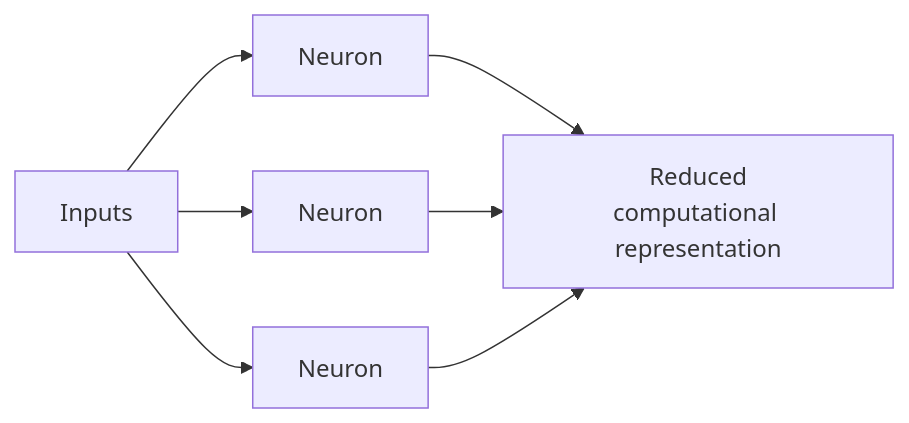
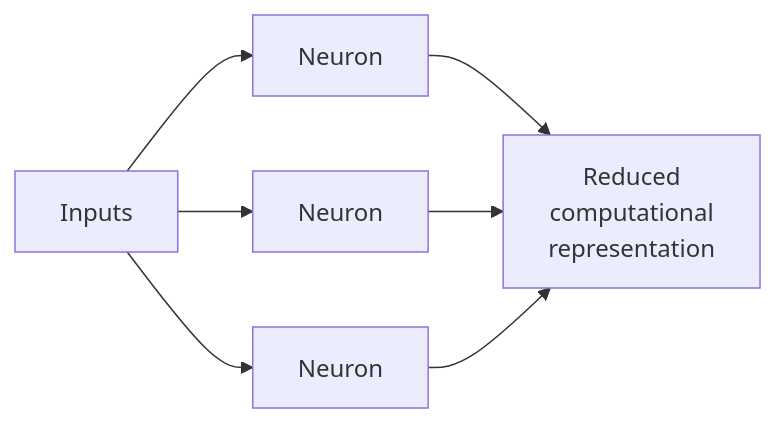
Before and after one commit to COMxI2C/neuromorphic-computing-research: the third of 7 diagrams in README.md, drawn with Mermaid.

Commit message:
docs: publish neuromorphic research overview

````diff
--- a/README.md
+++ b/README.md
@@ -95,10 +95,10 @@
 ```mermaid
 flowchart LR
     I[Inputs] --> N1[Neuron]
     I --> N2[Neuron]
     I --> N3[Neuron]
 
-    N1 --> R["Reduced<br/>computational representation"]
+    N1 --> R["Reduced<br/>computational<br/> representation"]
     N2 --> R
     N3 --> R
 ```
````
